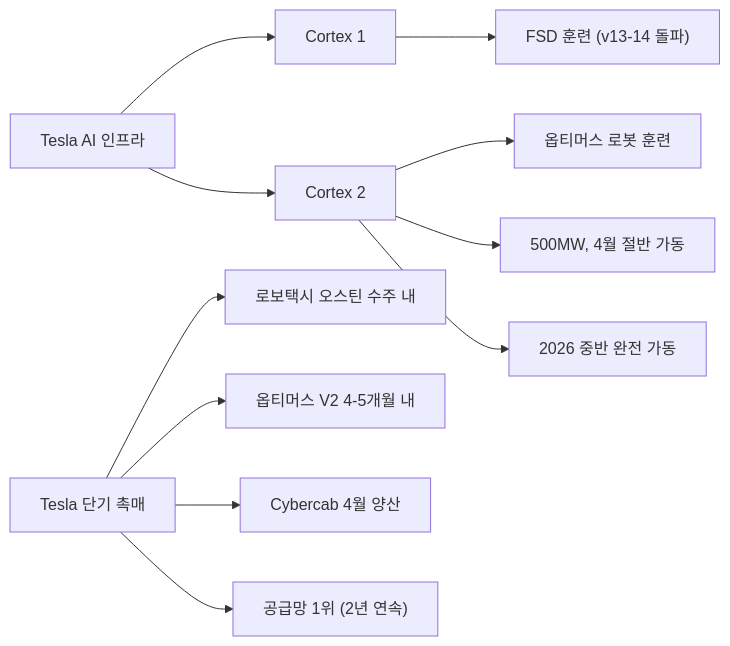
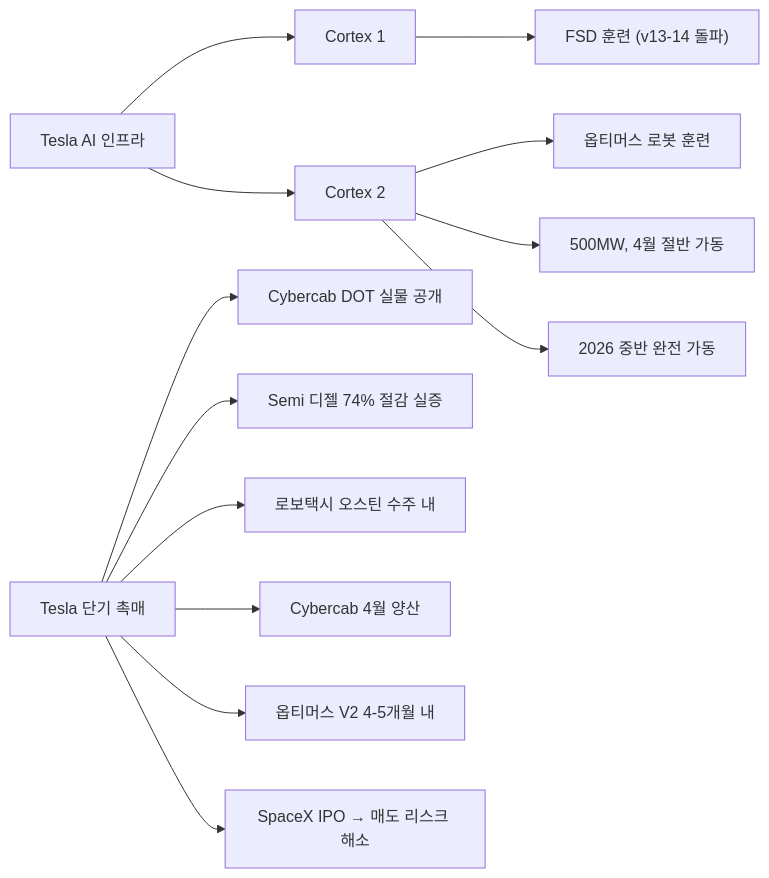
Before and after one commit to dss99911/dss99911.github.io: the first of 5 diagrams in _posts/knowledge/invest/2026-01-21-automotive-robotics-sector-outlook-2026.md, drawn with Mermaid. The commit also changed other lines of this file and 4 other files, not shown here.

First line of the commit message:
투자 전망 데일리 업데이트 (3/12): GTC D-4 Groq LPU, WTI $95 재반등, SpaceX IPO

````diff
--- a/_posts/knowledge/invest/2026-01-21-automotive-robotics-sector-outlook-2026.md
+++ b/_posts/knowledge/invest/2026-01-21-automotive-robotics-sector-outlook-2026.md
@@ -39,15 +37,17 @@
 ```mermaid
 graph LR
     A["Tesla AI 인프라"] --> B["Cortex 1"]
     A --> C["Cortex 2"]
 
     B --> D["FSD 훈련 (v13-14 돌파)"]
     C --> E["옵티머스 로봇 훈련"]
     C --> F["500MW, 4월 절반 가동"]
     C --> G["2026 중반 완전 가동"]
 
-    H["Tesla 단기 촉매"] --> I["로보택시 오스틴 수주 내"]
-    H --> J["옵티머스 V2 4-5개월 내"]
-    H --> K["Cybercab 4월 양산"]
-    H --> L["공급망 1위 (2년 연속)"]
+    H["Tesla 단기 촉매"] --> I["Cybercab DOT 실물 공개"]
+    H --> J["Semi 디젤 74% 절감 실증"]
+    H --> K["로보택시 오스틴 수주 내"]
+    H --> L["Cybercab 4월 양산"]
+    H --> M["옵티머스 V2 4-5개월 내"]
+    H --> N["SpaceX IPO → 매도 리스크 해소"]
 ```
````
